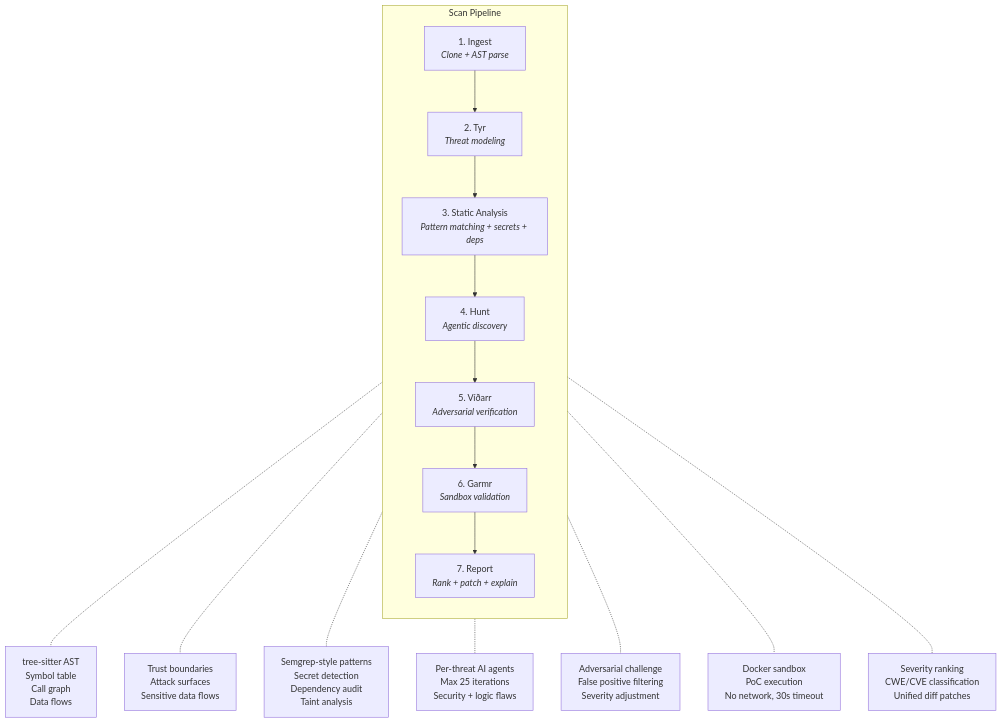
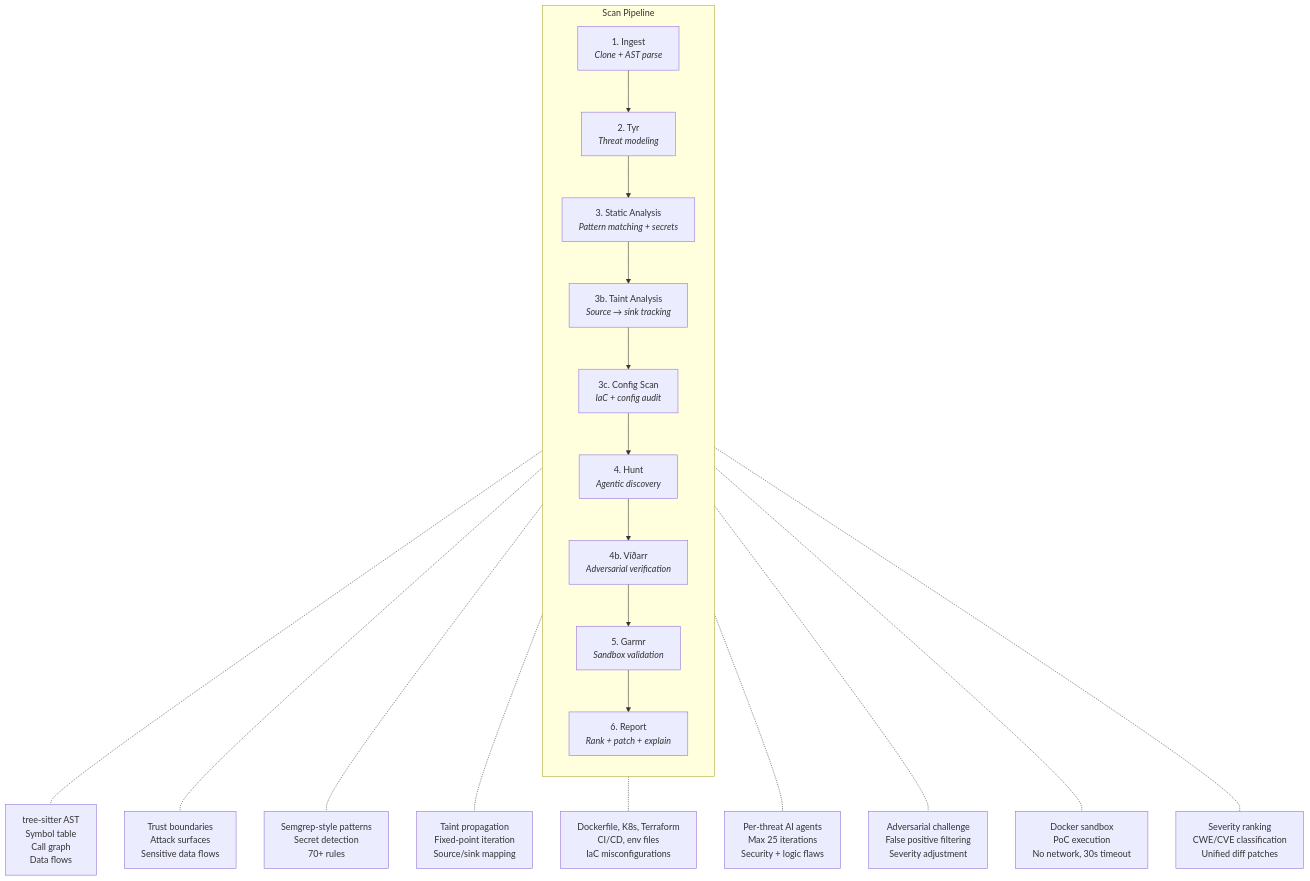
Before and after one commit to iamngoni/heimdall: the second of 6 diagrams in README.md, drawn with Mermaid. The commit also changed other lines of this file, not shown here.

````diff
--- a/README.md
+++ b/README.md
@@ -338,23 +345,27 @@
 ```mermaid
 flowchart TD
     subgraph Pipeline["Scan Pipeline"]
         direction TB
         I["1. Ingest\n<i>Clone + AST parse</i>"]
         T["2. Tyr\n<i>Threat modeling</i>"]
-        S["3. Static Analysis\n<i>Pattern matching + secrets + deps</i>"]
+        S["3. Static Analysis\n<i>Pattern matching + secrets</i>"]
+        TA["3b. Taint Analysis\n<i>Source → sink tracking</i>"]
+        CS["3c. Config Scan\n<i>IaC + config audit</i>"]
         H["4. Hunt\n<i>Agentic discovery</i>"]
-        V["5. Víðarr\n<i>Adversarial verification</i>"]
-        G["6. Garmr\n<i>Sandbox validation</i>"]
-        R["7. Report\n<i>Rank + patch + explain</i>"]
+        V["4b. Víðarr\n<i>Adversarial verification</i>"]
+        G["5. Garmr\n<i>Sandbox validation</i>"]
+        R["6. Report\n<i>Rank + patch + explain</i>"]
     end
 
-    I --> T --> S --> H --> V --> G --> R
+    I --> T --> S --> TA --> CS --> H --> V --> G --> R
 
     I -.- i1["tree-sitter AST\nSymbol table\nCall graph\nData flows"]
     T -.- t1["Trust boundaries\nAttack surfaces\nSensitive data flows"]
-    S -.- s1["Semgrep-style patterns\nSecret detection\nDependency audit\nTaint analysis"]
+    S -.- s1["Semgrep-style patterns\nSecret detection\n70+ rules"]
+    TA -.- ta1["Taint propagation\nFixed-point iteration\nSource/sink mapping"]
+    CS -.- cs1["Dockerfile, K8s, Terraform\nCI/CD, env files\nIaC misconfigurations"]
     H -.- h1["Per-threat AI agents\nMax 25 iterations\nSecurity + logic flaws"]
     V -.- v1["Adversarial challenge\nFalse positive filtering\nSeverity adjustment"]
     G -.- g1["Docker sandbox\nPoC execution\nNo network, 30s timeout"]
     R -.- r1["Severity ranking\nCWE/CVE classification\nUnified diff patches"]
 ```
````
